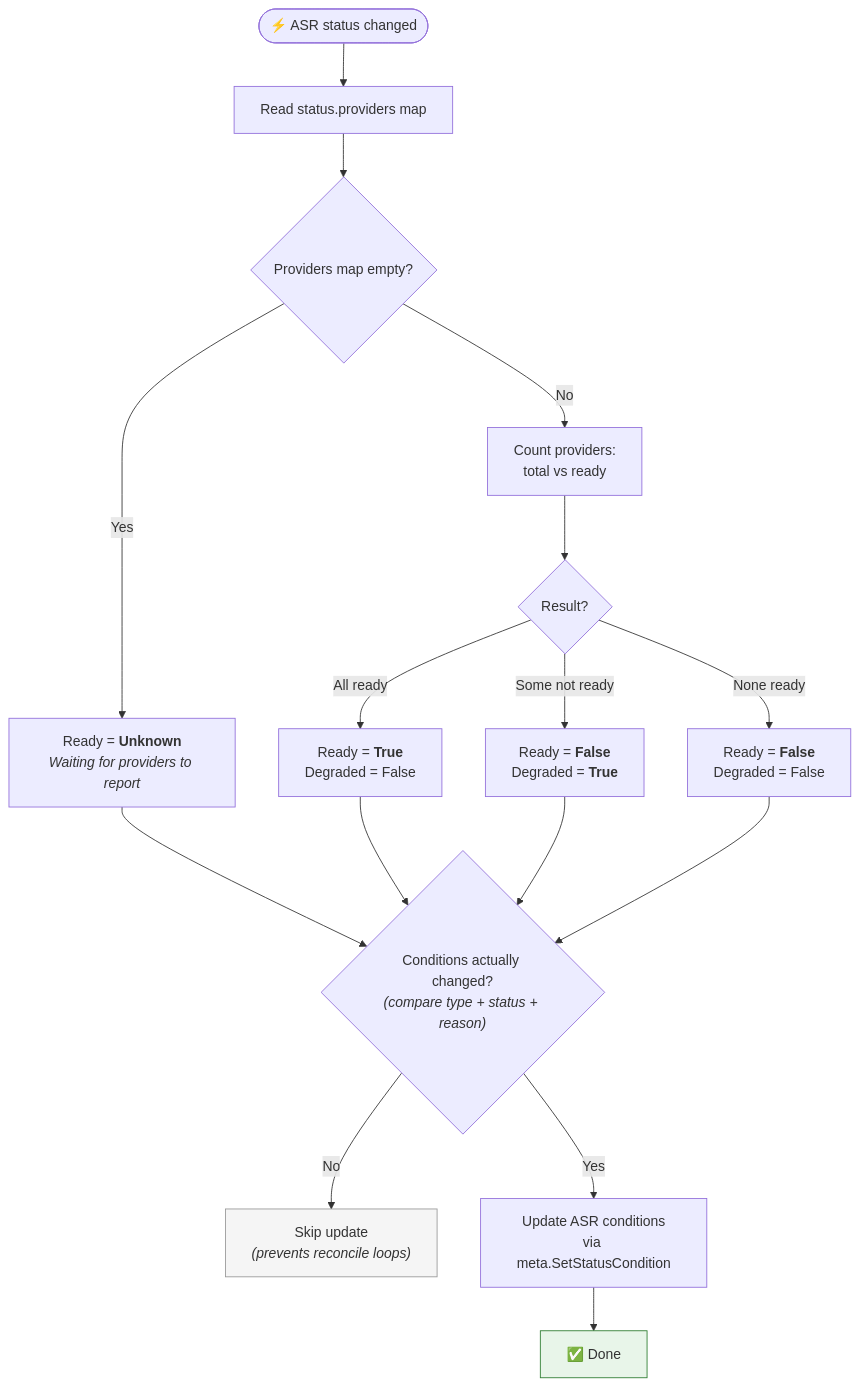
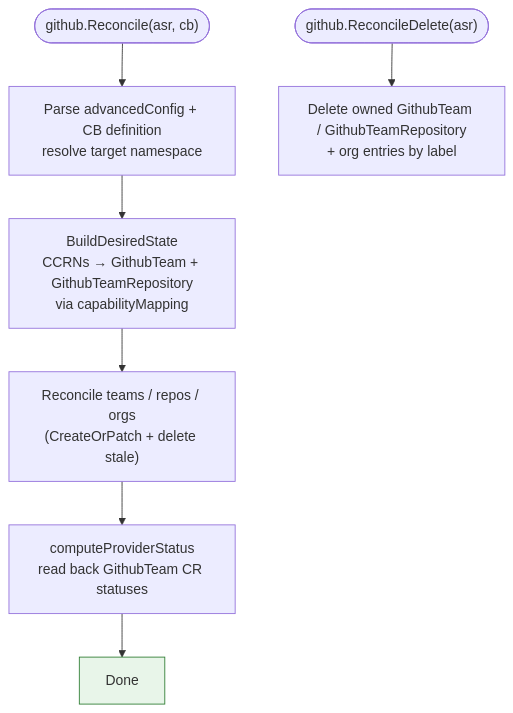
Before and after one commit to cloudoperators/permission-manager: the fifth of 5 diagrams in docs/reconciler-flows.md, drawn with Mermaid. The commit also changed other lines of this file and 2 other files, not shown here.

First line of the commit message:
docs(provider/k8s): refresh reconciler-flows and fix drift after kubebuilder refactor (#89)

````diff
--- a/docs/reconciler-flows.md
+++ b/docs/reconciler-flows.md
@@ -417,38 +318,17 @@
 ```mermaid
 flowchart TD
-    TRIGGER(["⚡ ASR status changed"])
+    START(["github.Reconcile(asr, cb)"])
+    START --> PARSE["Parse advancedConfig + CB definition<br/>resolve target namespace"]
+    PARSE --> BUILD["BuildDesiredState<br/>CCRNs → GithubTeam + GithubTeamRepository<br/>via capabilityMapping"]
+    BUILD --> RECONCILE["Reconcile teams / repos / orgs<br/>(CreateOrPatch + delete stale)"]
+    RECONCILE --> STATUS["computeProviderStatus<br/>read back GithubTeam CR statuses"]
+    STATUS --> DONE["Done"]
 
-    TRIGGER --> READ["Read status.providers map"]
+    DELSTART(["github.ReconcileDelete(asr)"])
+    DELSTART --> DELCLEAN["Delete owned GithubTeam / GithubTeamRepository<br/>+ org entries by label"]
 
-    READ --> EMPTY{"Providers map empty?"}
-    EMPTY -->|"Yes"| UNKNOWN["Ready = <b>Unknown</b><br/><i>Waiting for providers to report</i>"]
-
-    EMPTY -->|"No"| COUNT["Count providers:<br/>total vs ready"]
-
-    COUNT --> EVAL{"Result?"}
-
-    EVAL -->|"All ready"| ALL_OK["Ready = <b>True</b><br/>Degraded = False"]
-    EVAL -->|"Some not ready"| PARTIAL["Ready = <b>False</b><br/>Degraded = <b>True</b>"]
-    EVAL -->|"None ready"| NONE["Ready = <b>False</b><br/>Degraded = False"]
-
-    UNKNOWN --> CHANGED
-    ALL_OK --> CHANGED
-    PARTIAL --> CHANGED
-    NONE --> CHANGED
-
-    CHANGED{"Conditions actually changed?<br/><i>(compare type + status + reason)</i>"}
-    CHANGED -->|"No"| NOOP["Skip update<br/><i>(prevents reconcile loops)</i>"]
-    CHANGED -->|"Yes"| WRITE["Update ASR conditions<br/>via meta.SetStatusCondition"]
-    WRITE --> DONE["✅ Done"]
-
-    %% Code links
-    click READ "https://github.com/cloudoperators/permission-manager/blob/main/controller/internal/controller/aggregator/reconciler.go#L51" "computeConditions(asr.Status.Providers)"
-    click EMPTY "https://github.com/cloudoperators/permission-manager/blob/main/controller/internal/controller/aggregator/reconciler.go#L102" "if len(providers) == 0"
-    click EVAL "https://github.com/cloudoperators/permission-manager/blob/main/controller/internal/controller/aggregator/reconciler.go#L127" "switch allReady / anyReady"
-    click CHANGED "https://github.com/cloudoperators/permission-manager/blob/main/controller/internal/controller/aggregator/reconciler.go#L54" "conditionsMatch(asr.Status.Conditions, desired)"
-    click NOOP "https://github.com/cloudoperators/permission-manager/blob/main/controller/internal/controller/aggregator/reconciler.go#L56" "return ctrl.Result{}, nil"
-    click WRITE "https://github.com/cloudoperators/permission-manager/blob/main/controller/internal/controller/aggregator/reconciler.go#L61" "meta.SetStatusCondition + Status().Update"
+    click BUILD "https://github.com/cloudoperators/permission-manager/blob/main/internal/provider/github/desired_state.go" "BuildDesiredState"
+    click STATUS "https://github.com/cloudoperators/permission-manager/blob/main/internal/provider/github/status.go" "computeProviderStatus"
 
     style DONE fill:#e8f5e9,stroke:#2e7d32
-    style NOOP fill:#f5f5f5,stroke:#999
 ```
````
